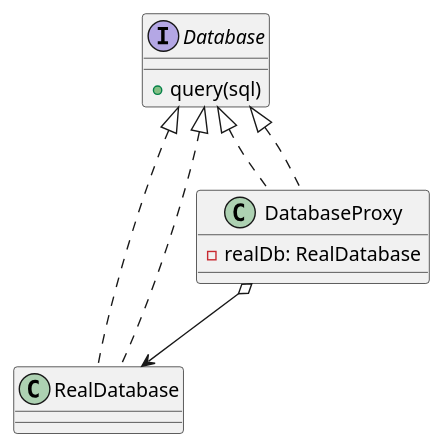
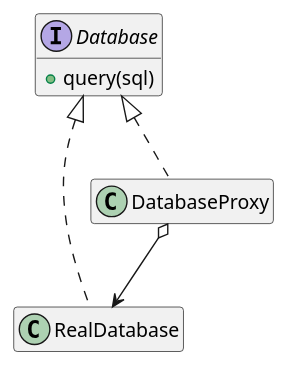
Before and after one commit to traiansf/traiansf.github.io: the sixth of 8 diagrams in class/amss2025/curs/11-patterns-reloaded.md, drawn with PlantUML. The commit also changed other lines of this file and 2 other files, not shown here.

````diff
--- a/class/amss2025/curs/11-patterns-reloaded.md
+++ b/class/amss2025/curs/11-patterns-reloaded.md
@@ -688,17 +914,13 @@
 ```plantuml
 @startuml
+hide empty members
 interface Database {
     +query(sql)
 }
 
 class RealDatabase implements Database
-class DatabaseProxy implements Database {
-    -realDb: RealDatabase
-}
-
-Database <|.. RealDatabase
-Database <|.. DatabaseProxy
+class DatabaseProxy implements Database
 
 DatabaseProxy o--> RealDatabase
 @enduml
 ```
````
